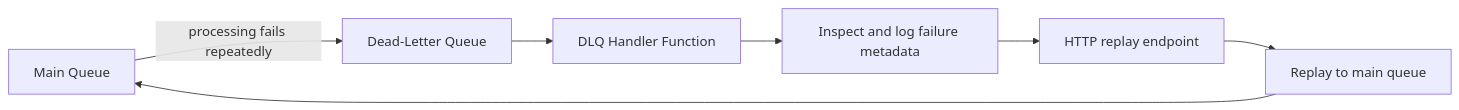
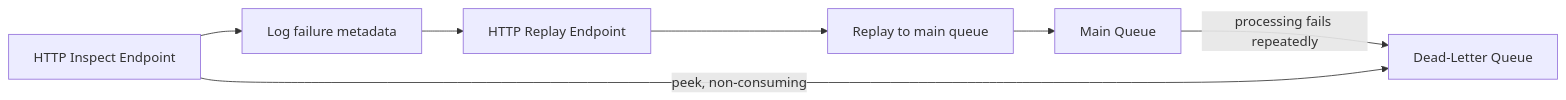
One commit to yeongseon/azure-functions-cookbook-python changed the first of 2 diagrams in docs/patterns/messaging-and-pubsub/servicebus-dlq-replay.md. Above: the diagram before and after it, drawn with Mermaid. The commit also changed other lines of this file and 3 other files, not shown here.

````diff
--- a/docs/patterns/messaging-and-pubsub/servicebus-dlq-replay.md
+++ b/docs/patterns/messaging-and-pubsub/servicebus-dlq-replay.md
@@ -24,9 +25,9 @@
 ```mermaid
 flowchart LR
     main[Main Queue] -->|processing fails repeatedly| dlq[Dead-Letter Queue]
-    dlq --> handler[DLQ Handler Function]
-    handler --> inspect[Inspect and log failure metadata]
-    inspect --> replay[HTTP replay endpoint]
+    inspect[HTTP Inspect Endpoint] -->|peek, non-consuming| dlq
+    inspect --> log[Log failure metadata]
+    log --> replay[HTTP Replay Endpoint]
     replay --> send[Replay to main queue]
     send --> main
 ```
````
